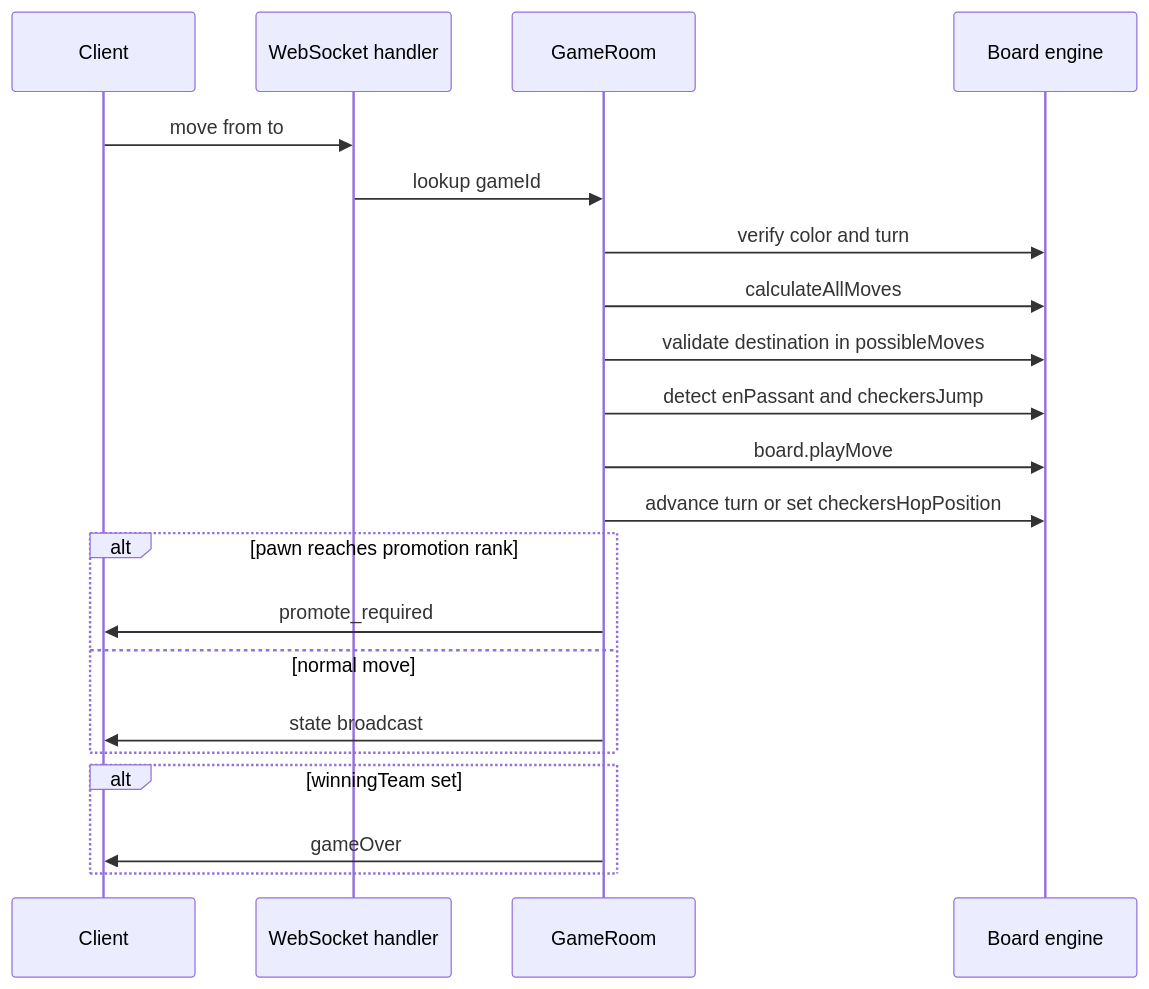
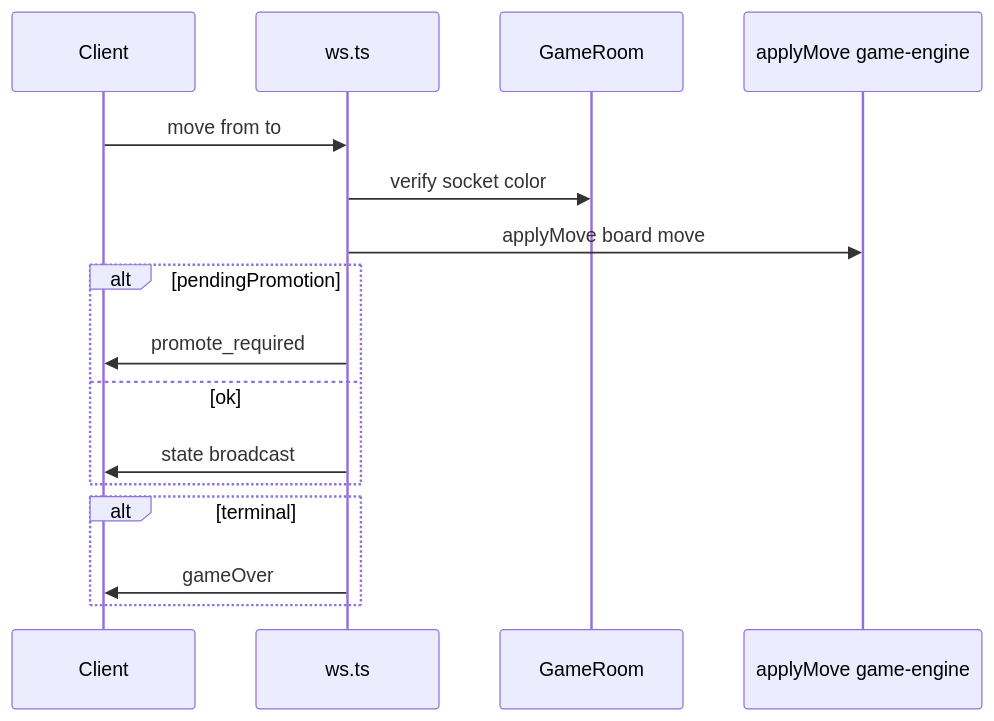
One commit to Zack-Sutter/Chesskers changed the second of 2 diagrams in docs/railway-vercel-migration.md. Above: the diagram before and after it, drawn with Mermaid. The commit also changed other lines of this file and 22 other files, not shown here.

Commit message:
Updated architecture doc, added 2 pieces for black.

````diff
--- a/docs/railway-vercel-migration.md
+++ b/docs/railway-vercel-migration.md
@@ -251,24 +216,19 @@
 ```mermaid
 sequenceDiagram
   participant Client
-  participant WS as WebSocket handler
+  participant WS as ws.ts
   participant Room as GameRoom
-  participant Engine as Board engine
+  participant GE as applyMove game-engine
 
   Client->>WS: move from to
-  WS->>Room: lookup gameId
-  Room->>Engine: verify color and turn
-  Room->>Engine: calculateAllMoves
-  Room->>Engine: validate destination in possibleMoves
-  Room->>Engine: detect enPassant and checkersJump
-  Room->>Engine: board.playMove
-  Room->>Engine: advance turn or set checkersHopPosition
-  alt pawn reaches promotion rank
-    Room->>Client: promote_required
-  else normal move
-    Room->>Client: state broadcast
+  WS->>Room: verify socket color
+  WS->>GE: applyMove board move
+  alt pendingPromotion
+    WS->>Client: promote_required
+  else ok
+    WS->>Client: state broadcast
   end
-  alt winningTeam set
-    Room->>Client: gameOver
+  alt terminal
+    WS->>Client: gameOver
   end
 ```
````
